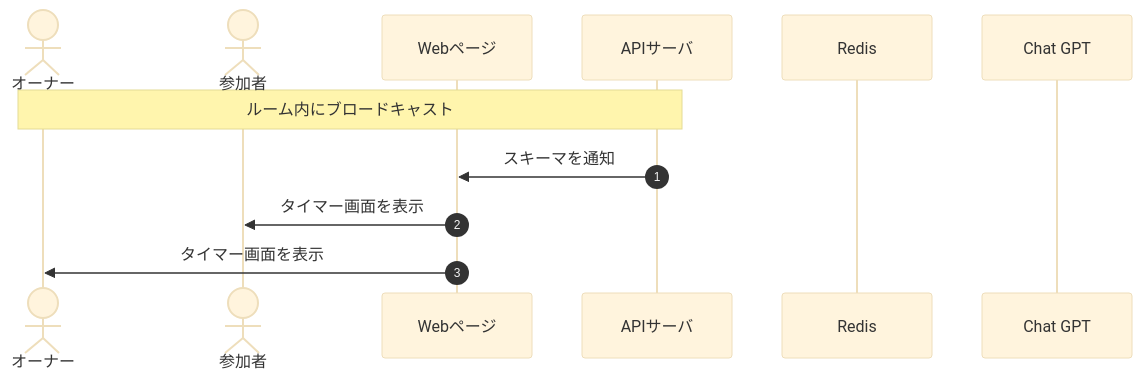
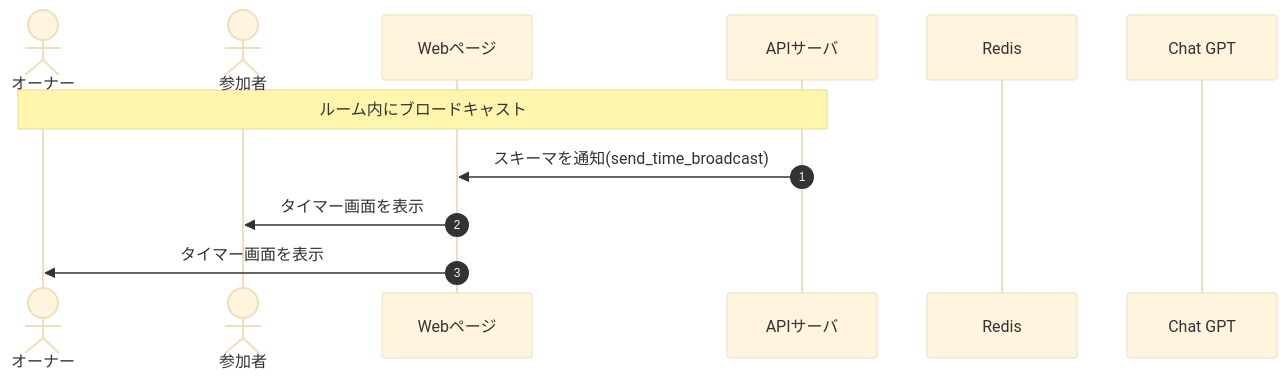
The diagram in docs/DesignDog/07_秒数管理.md (Tanakaryuki/chat_wolf), drawn with Mermaid (base theme) before and after one commit. The commit also changed other lines of this file and 29 other files, not shown here.

Commit message:
docs: 📄 fix Design Doc schema

````diff
--- a/docs/DesignDog/07_秒数管理.md
+++ b/docs/DesignDog/07_秒数管理.md
@@ -11,15 +11,15 @@
 ```mermaid
 sequenceDiagram
     autonumber
     actor owner as オーナー
     actor participants as 参加者
     participant front as Webページ
     participant api as APIサーバ
     participant db as Redis
     participant ai as Chat GPT
 
     Note over owner,api: ルーム内にブロードキャスト
-    api->>front: スキーマを通知
+    api->>front: スキーマを通知(send_time_broadcast)
     front->>participants: タイマー画面を表示
     front->>owner: タイマー画面を表示
 ```
````
